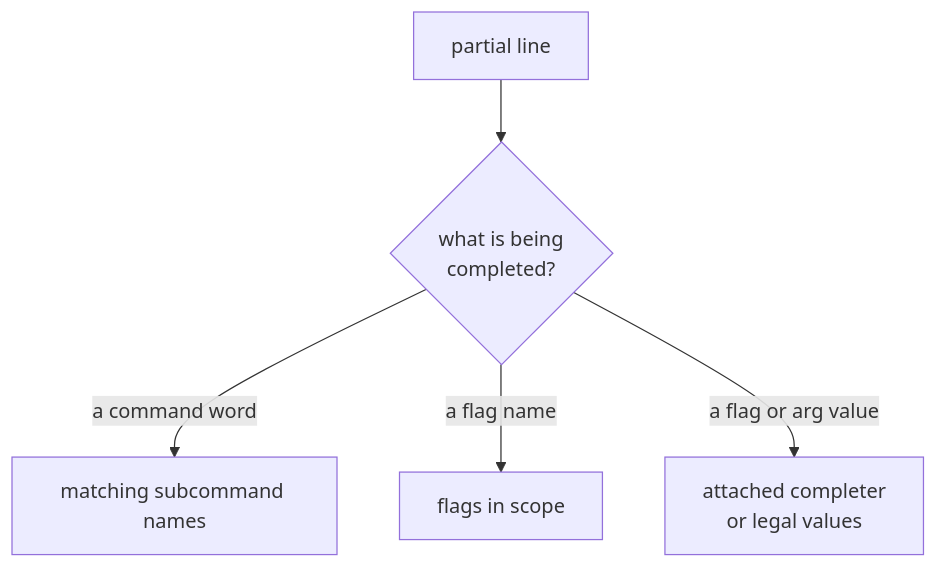
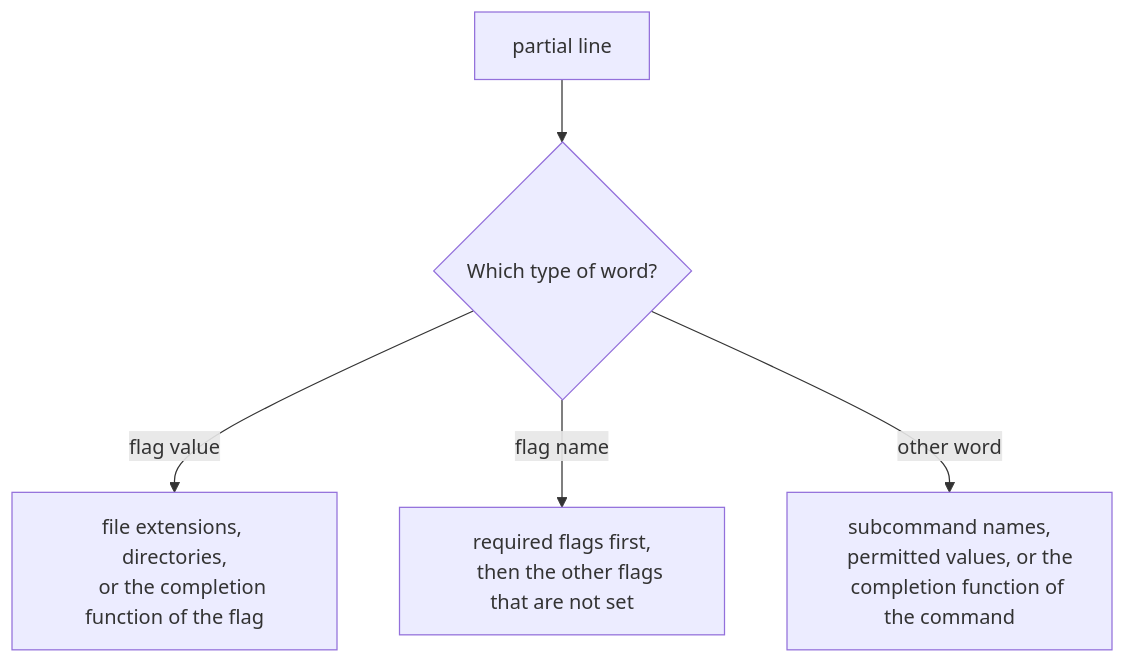
Before and after one commit to KeunwooPark/cluedoc: the third of 4 diagrams in docs/examples/cobra/.cluedoc/shell-completion/README.md, drawn with Mermaid. The commit also changed other lines of this file and 22 other files, not shown here.

````diff
--- a/docs/examples/cobra/.cluedoc/shell-completion/README.md
+++ b/docs/examples/cobra/.cluedoc/shell-completion/README.md
@@ -60,9 +64,11 @@
 ```mermaid
 flowchart TD
-    REQ["partial line"] --> WHERE{what is being
-    completed?}
-    WHERE -->|a command word| CMDS["matching subcommand names"]
-    WHERE -->|a flag name| FLAGS["flags in scope"]
-    WHERE -->|a flag or arg value| VALS["attached completer
-    or legal values"]
+    REQ["partial line"] --> WHERE{"Which type of word?"}
+    WHERE -->|"flag value"| FV["file extensions, directories,
+    or the completion function of the flag"]
+    WHERE -->|"flag name"| FN["required flags first,
+    then the other flags that are not set"]
+    WHERE -->|"other word"| OW["subcommand names,
+    permitted values, or the
+    completion function of the command"]
 ```
````
